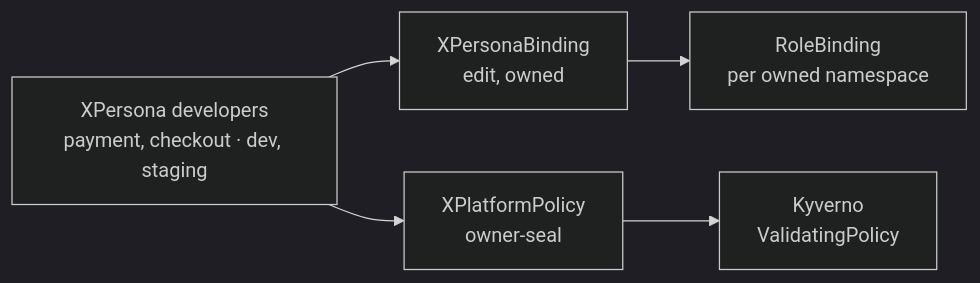
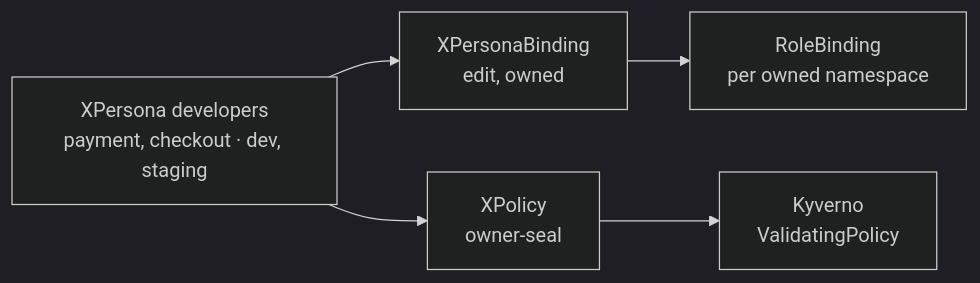
One commit to wxops-idp/wxops-core changed the second of 4 diagrams in development-docs/core-ideas/access-model.md. Above: the diagram before and after it, drawn with Mermaid (dark theme). The commit also changed other lines of this file and 29 other files, not shown here.

````diff
--- a/development-docs/core-ideas/access-model.md
+++ b/development-docs/core-ideas/access-model.md
@@ -113,11 +113,11 @@
 ```mermaid
 flowchart LR
     P["XPersona developers<br/>payment, checkout · dev, staging"]
     B["XPersonaBinding<br/>edit, owned"]
     RB["RoleBinding<br/>per owned namespace"]
-    PP["XPlatformPolicy<br/>owner-seal"]
+    PP["XPolicy<br/>owner-seal"]
     VP["Kyverno<br/>ValidatingPolicy"]
 
     P --> B --> RB
     P --> PP --> VP
 ```
````
